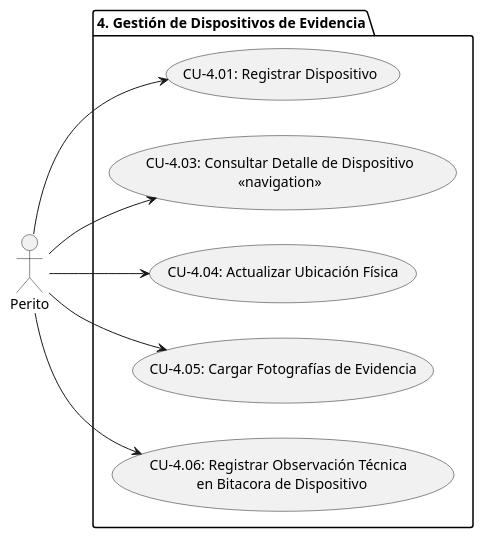
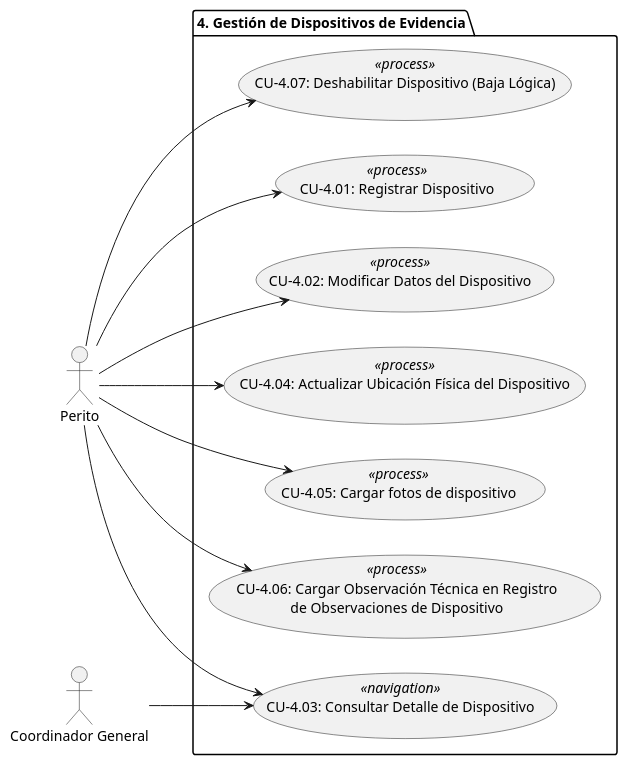
The diagram in CU4.puml (c4lvar3z7/Doc-ForenSys), drawn with PlantUML before and after one commit. The commit also changed 10 other files, not shown here.

Commit message:
agregado y actualizados diagramas de CU

```diff
--- a/CU4.puml
+++ b/CU4.puml
@@ -1,19 +1,26 @@
 @startuml
 left to right direction
 
 actor :Perito: as Perito
+actor :Coordinador General: as Coordinador
 
 package "4. Gestión de Dispositivos de Evidencia" {
-    usecase "CU-4.01: Registrar Dispositivo" as CU_4_01
-    usecase "CU-4.03: Consultar Detalle de Dispositivo\n«navigation»" as CU_4_03
-    usecase "CU-4.04: Actualizar Ubicación Física" as CU_4_04
-    usecase "CU-4.05: Cargar Fotografías de Evidencia" as CU_4_05
-    usecase "CU-4.06: Registrar Observación Técnica \n en Bitacora de Dispositivo" as CU_4_06
+    usecase "CU-4.01: Registrar Dispositivo" as CU_4_01 <<process>>
+    usecase "CU-4.02: Modificar Datos del Dispositivo" as CU_4_02 <<process>>
+    usecase "CU-4.03: Consultar Detalle de Dispositivo" as CU_4_03 <<navigation>>
+    usecase "CU-4.04: Actualizar Ubicación Física del Dispositivo" as CU_4_04 <<process>>
+    usecase "CU-4.05: Cargar fotos de dispositivo" as CU_4_05 <<process>>
+    usecase "CU-4.06: Cargar Observación Técnica en Registro\nde Observaciones de Dispositivo" as CU_4_06 <<process>>
+    usecase "CU-4.07: Deshabilitar Dispositivo (Baja Lógica)" as CU_4_07 <<process>>
 }
 
 Perito --> CU_4_01
+Perito --> CU_4_02
 Perito --> CU_4_03
 Perito --> CU_4_04
 Perito --> CU_4_05
 Perito --> CU_4_06
+Perito --> CU_4_07
+
+Coordinador --> CU_4_03
 @endum
```
